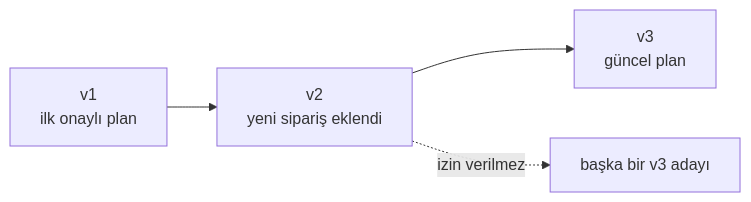
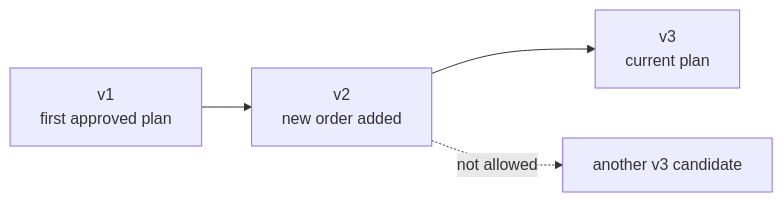
One commit to atakhanyilmaz/PickWise changed the fifth of 5 diagrams in README.md. Above: the diagram before and after it, drawn with Mermaid. The commit also changed other lines of this file, not shown here.

````diff
--- a/README.md
+++ b/README.md
@@ -277,6 +293,6 @@
 ```mermaid
 flowchart LR
-    V1["v1<br/>ilk onaylı plan"] --> V2["v2<br/>yeni sipariş eklendi"]
-    V2 --> V3["v3<br/>güncel plan"]
-    V2 -.->|"izin verilmez"| VX["başka bir v3 adayı"]
+    V1["v1<br/>first approved plan"] --> V2["v2<br/>new order added"]
+    V2 --> V3["v3<br/>current plan"]
+    V2 -.->|"not allowed"| VX["another v3 candidate"]
 ```
````
